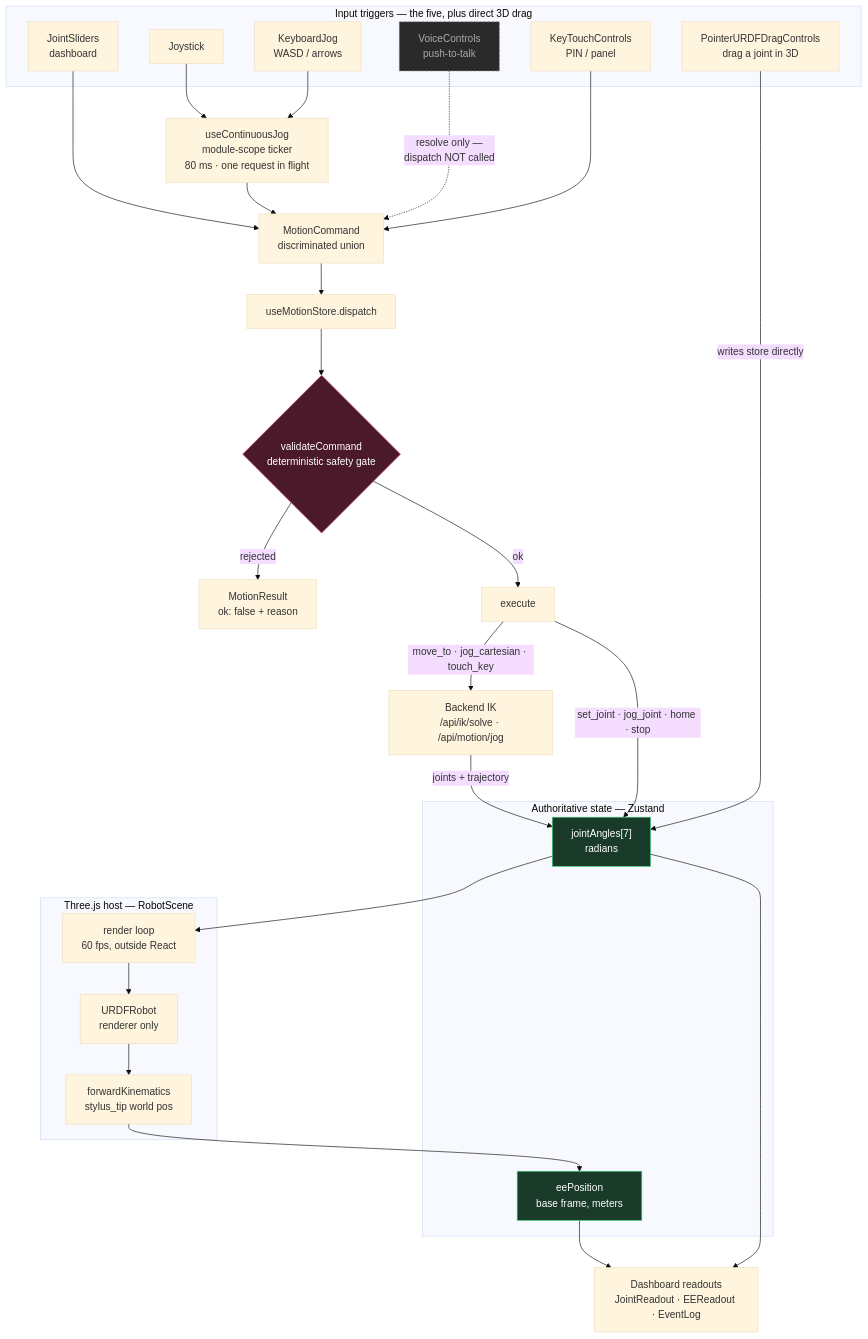
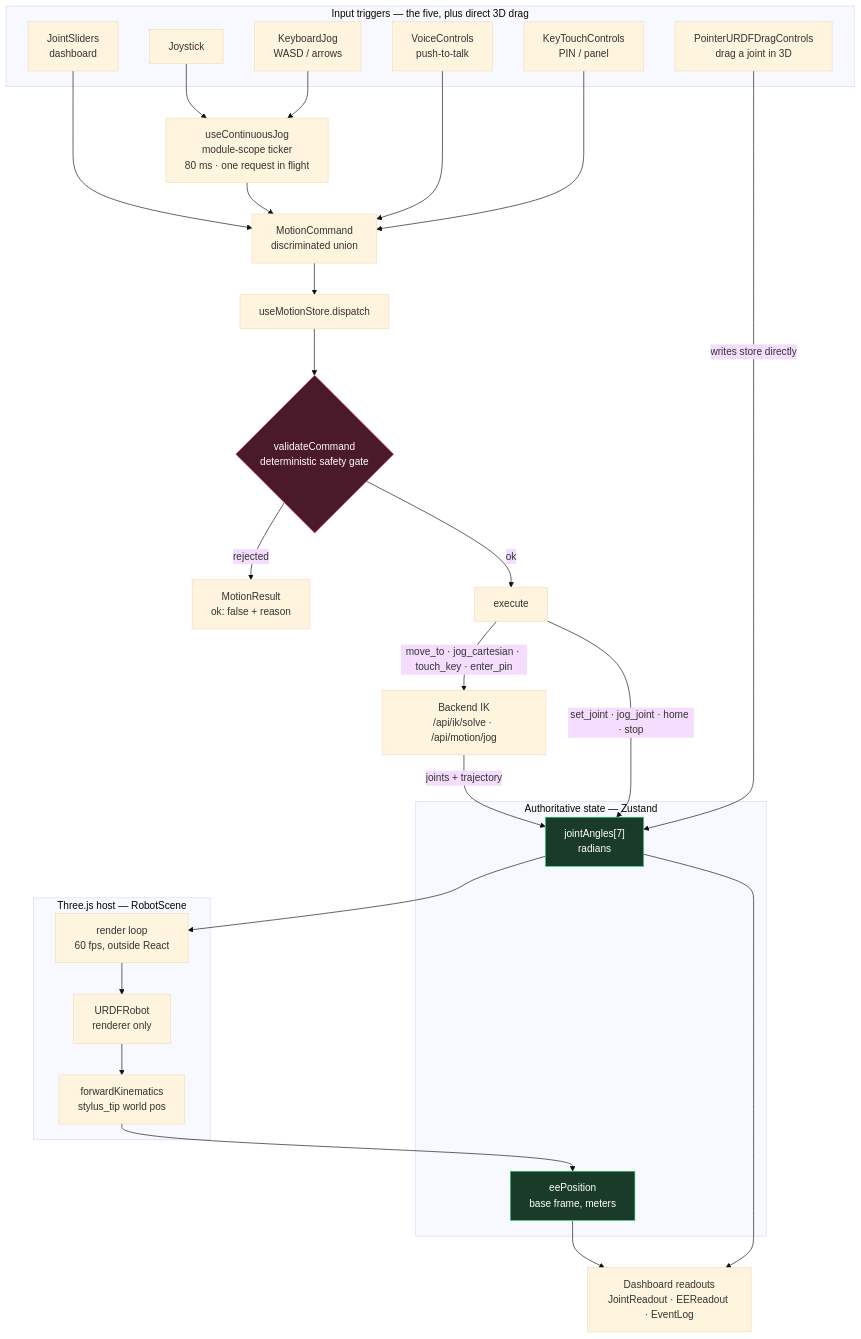
The second of 9 diagrams in docs/architecture/system-architecture.md (ShafayetSadi/iut-techathon-onsite), drawn with Mermaid (base theme) before and after one commit. The commit also changed other lines of this file and 6 other files, not shown here.

````diff
--- a/docs/architecture/system-architecture.md
+++ b/docs/architecture/system-architecture.md
@@ -77,61 +78,59 @@
 ```mermaid
 flowchart TB
     subgraph triggers["Input triggers — the five, plus direct 3D drag"]
         T1["JointSliders<br/>dashboard"]
         T2["Joystick"]
         T3["KeyboardJog<br/>WASD / arrows"]
         T4["VoiceControls<br/>push-to-talk"]
         T5["KeyTouchControls<br/>PIN / panel"]
         T6["PointerURDFDragControls<br/>drag a joint in 3D"]
     end
 
     JOG["useContinuousJog<br/>module-scope ticker<br/>80 ms · one request in flight"]
     CMD["MotionCommand<br/>discriminated union"]
     GATE{"validateCommand<br/>deterministic safety gate"}
     STORE["useMotionStore.dispatch"]
 
     subgraph auth["Authoritative state — Zustand"]
         JA["jointAngles[7]<br/>radians"]
         EE["eePosition<br/>base frame, meters"]
     end
 
     subgraph render["Three.js host — RobotScene"]
         LOOP["render loop<br/>60 fps, outside React"]
         ROBOT["URDFRobot<br/>renderer only"]
         FK["forwardKinematics<br/>stylus_tip world pos"]
     end
 
     BE["Backend IK<br/>/api/ik/solve · /api/motion/jog"]
     DASH["Dashboard readouts<br/>JointReadout · EEReadout · EventLog"]
 
     T2 --> JOG
     T3 --> JOG
     JOG --> CMD
     T1 --> CMD
-    T4 -.->|"resolve only —<br/>dispatch NOT called"| CMD
+    T4 --> CMD
     T5 --> CMD
     T6 -->|"writes store directly"| JA
 
     CMD --> STORE
     STORE --> GATE
     GATE -->|"rejected"| REJ["MotionResult<br/>ok: false + reason"]
     GATE -->|"ok"| EXEC["execute"]
 
-    EXEC -->|"move_to · jog_cartesian · touch_key"| BE
+    EXEC -->|"move_to · jog_cartesian · touch_key · enter_pin"| BE
     EXEC -->|"set_joint · jog_joint · home · stop"| JA
     BE -->|"joints + trajectory"| JA
 
     JA --> LOOP
     LOOP --> ROBOT
     ROBOT --> FK
     FK --> EE
     JA --> DASH
     EE --> DASH
 
     classDef gate fill:#4a1a2a,stroke:#e94b6a,color:#fff
     classDef state fill:#1a3a2a,stroke:#3ad57b,color:#fff
-    classDef dormant fill:#2a2a2a,stroke:#777,color:#aaa,stroke-dasharray:4 3
     class GATE gate
     class JA,EE state
-    class T4 dormant
 ```
````
